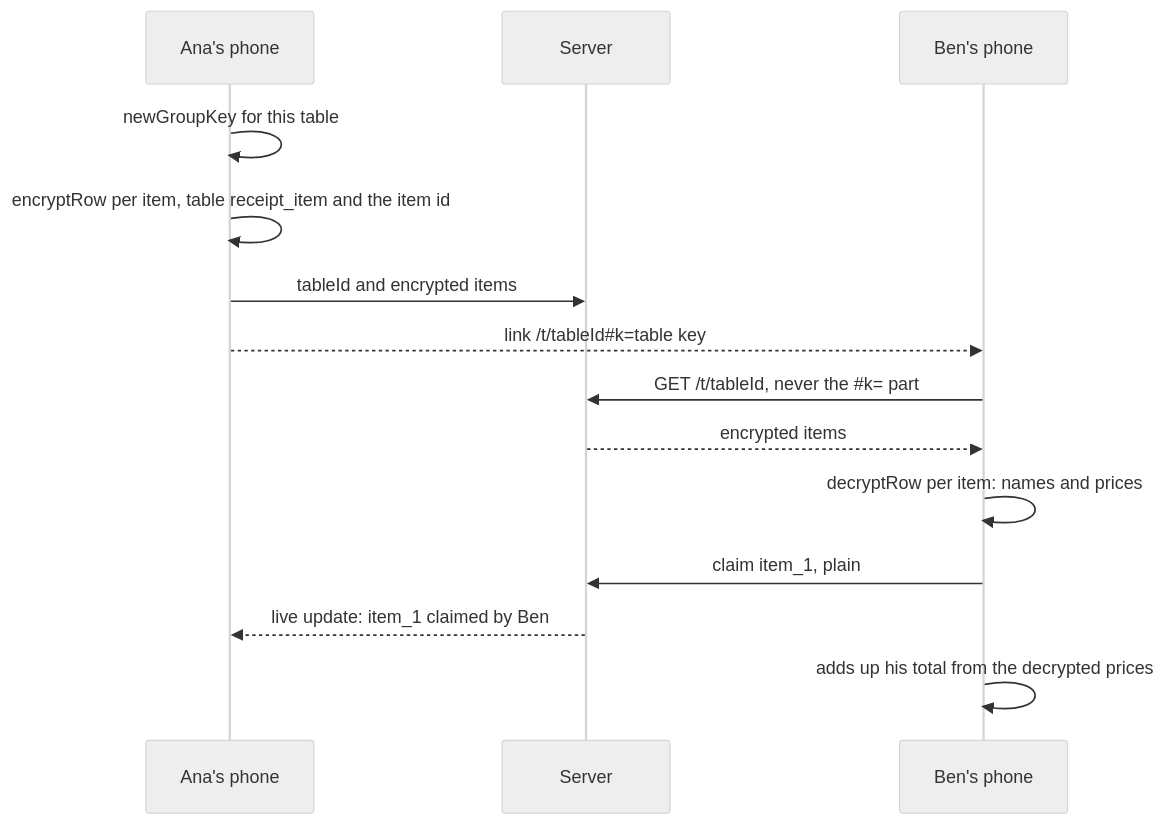
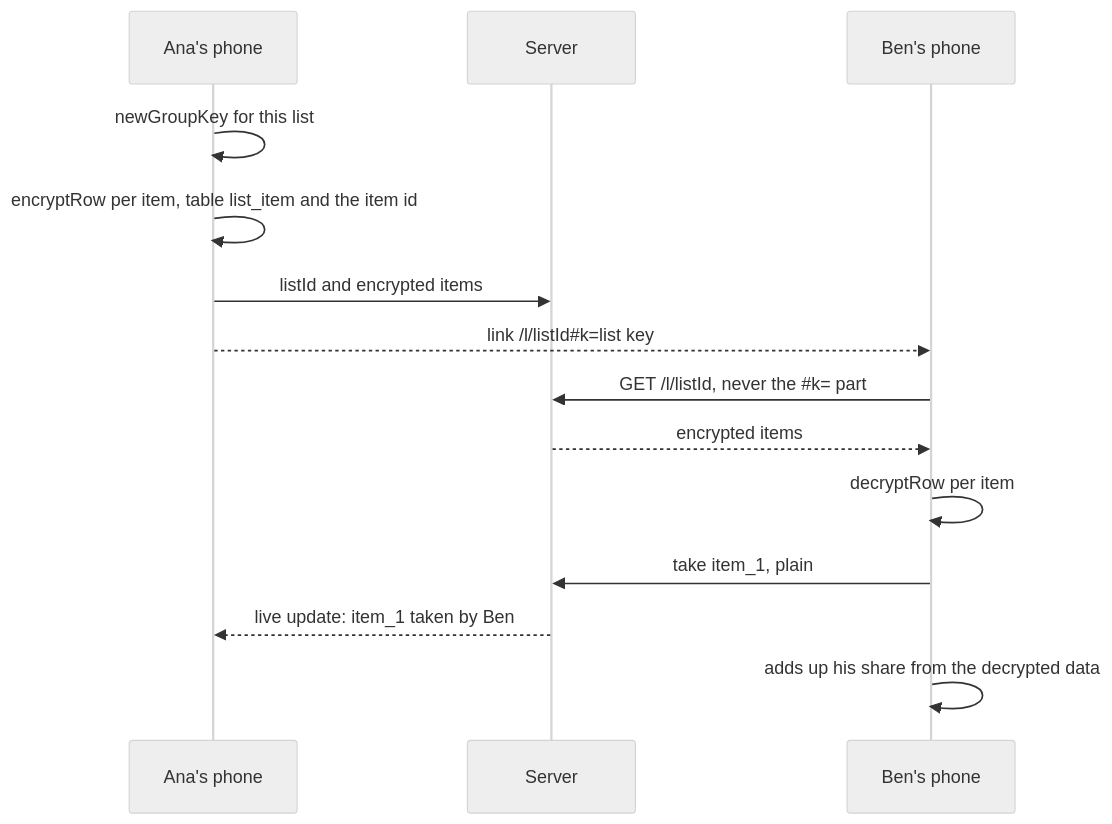
Before and after one commit to ezpriv/crypto: the diagram in example/12-live-table-link/README.md, drawn with Mermaid (neutral theme). The commit also changed other lines of this file and 15 other files, not shown here.

````diff
--- a/example/12-live-table-link/README.md
+++ b/example/12-live-table-link/README.md
@@ -9,16 +9,16 @@
 ```mermaid
 sequenceDiagram
     participant Ana as Ana's phone
     participant Server
     participant Ben as Ben's phone
-    Ana->>Ana: newGroupKey for this table
-    Ana->>Ana: encryptRow per item, table receipt_item and the item id
-    Ana->>Server: tableId and encrypted items
-    Ana-->>Ben: link /t/tableId#35;k=table key
-    Ben->>Server: GET /t/tableId, never the #35;k= part
+    Ana->>Ana: newGroupKey for this list
+    Ana->>Ana: encryptRow per item, table list_item and the item id
+    Ana->>Server: listId and encrypted items
+    Ana-->>Ben: link /l/listId#35;k=list key
+    Ben->>Server: GET /l/listId, never the #35;k= part
     Server-->>Ben: encrypted items
-    Ben->>Ben: decryptRow per item: names and prices
-    Ben->>Server: claim item_1, plain
-    Server-->>Ana: live update: item_1 claimed by Ben
-    Ben->>Ben: adds up his total from the decrypted prices
+    Ben->>Ben: decryptRow per item
+    Ben->>Server: take item_1, plain
+    Server-->>Ana: live update: item_1 taken by Ben
+    Ben->>Ben: adds up his share from the decrypted data
 ```
````
